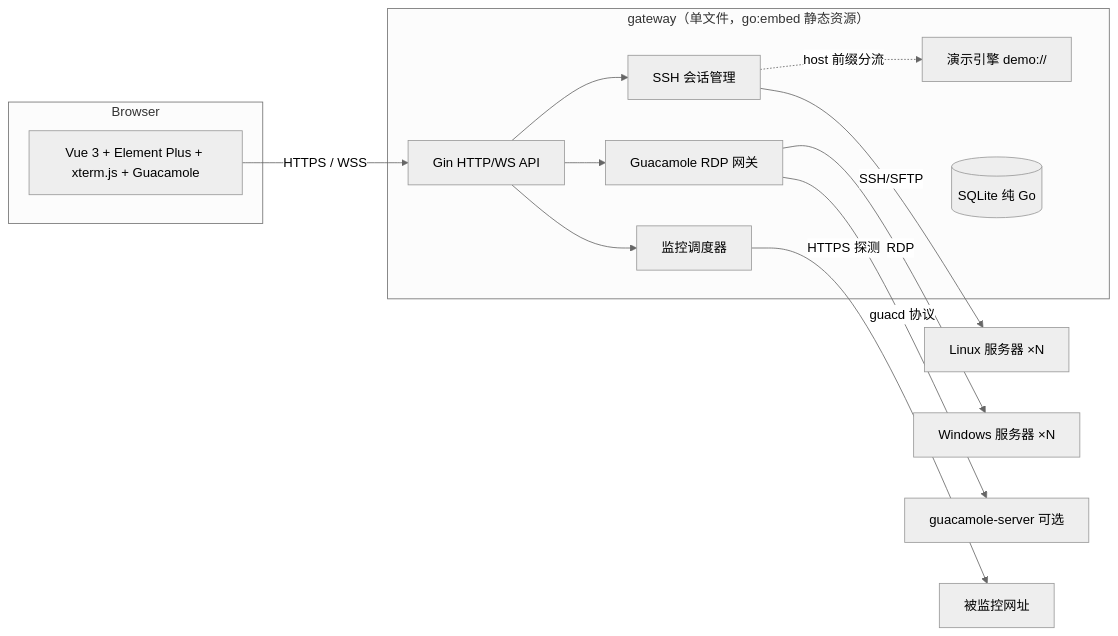
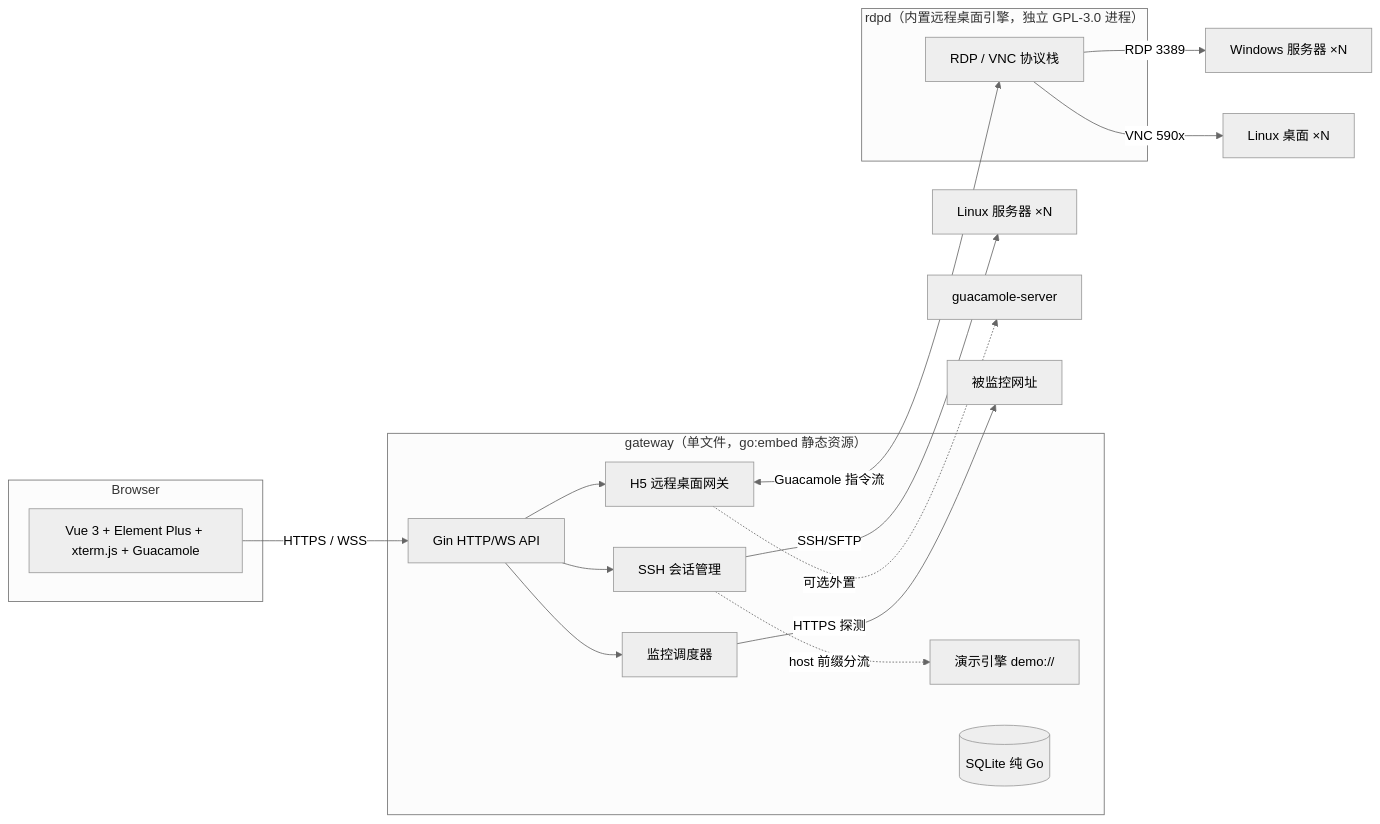
Before and after one commit to qinplus-com/WebServerMonitor: the diagram in README.md, drawn with Mermaid (neutral theme). The commit also changed other lines of this file and 94 other files, not shown here.

First line of the commit message:
feat: v1.0.1 Linux VNC 分辨率在线切换 + 默认画质「流畅」+ 收录 rdpd 内置引擎

````diff
--- a/README.md
+++ b/README.md
@@ -29,20 +30,26 @@
 ```mermaid
 flowchart LR
     subgraph Browser
         V[Vue 3 + Element Plus + xterm.js + Guacamole]
     end
     subgraph Gateway["gateway（单文件，go:embed 静态资源）"]
         G[Gin HTTP/WS API]
         T[SSH 会话管理]
-        R[Guacamole RDP 网关]
+        R[H5 远程桌面网关]
         M[监控调度器]
         D[演示引擎 demo://]
         S[(SQLite 纯 Go)]
     end
+    subgraph rdpd["rdpd（内置远程桌面引擎，独立 GPL-3.0 进程）"]
+        P[RDP / VNC 协议栈]
+    end
     V -->|HTTPS / WSS| G
     G --> T -->|SSH/SFTP| L1[Linux 服务器 ×N]
-    G --> R -->|RDP| W1[Windows 服务器 ×N]
-    R -->|guacd 协议| GD[guacamole-server 可选]
+    G --> R
+    R <-->|Guacamole 指令流| P
+    P -->|RDP 3389| W1[Windows 服务器 ×N]
+    P -->|VNC 590x| L2[Linux 桌面 ×N]
+    R -.->|可选外置| GD[guacamole-server]
     G --> M -->|HTTPS 探测| U[被监控网址]
     T -.->|host 前缀分流| D
 ```
````
